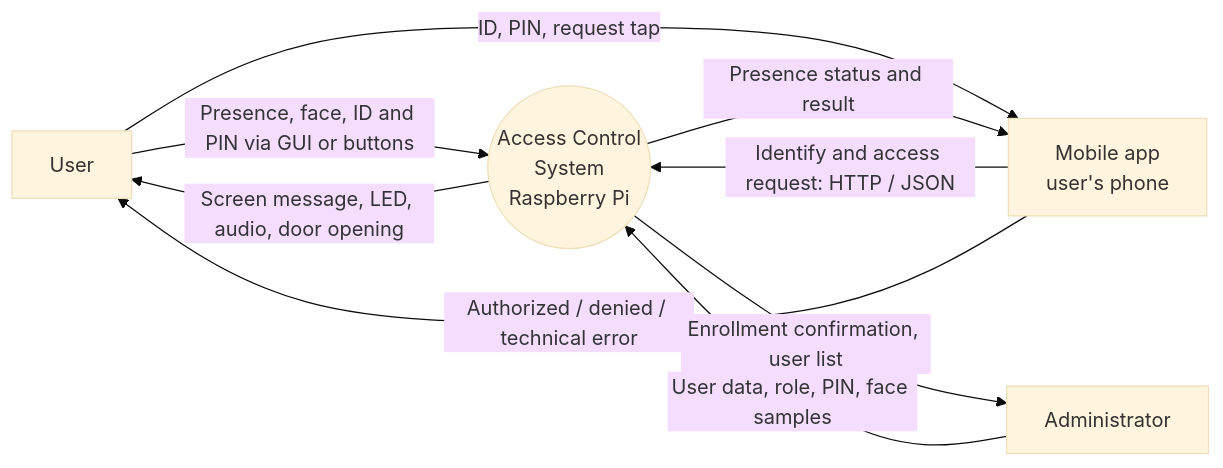
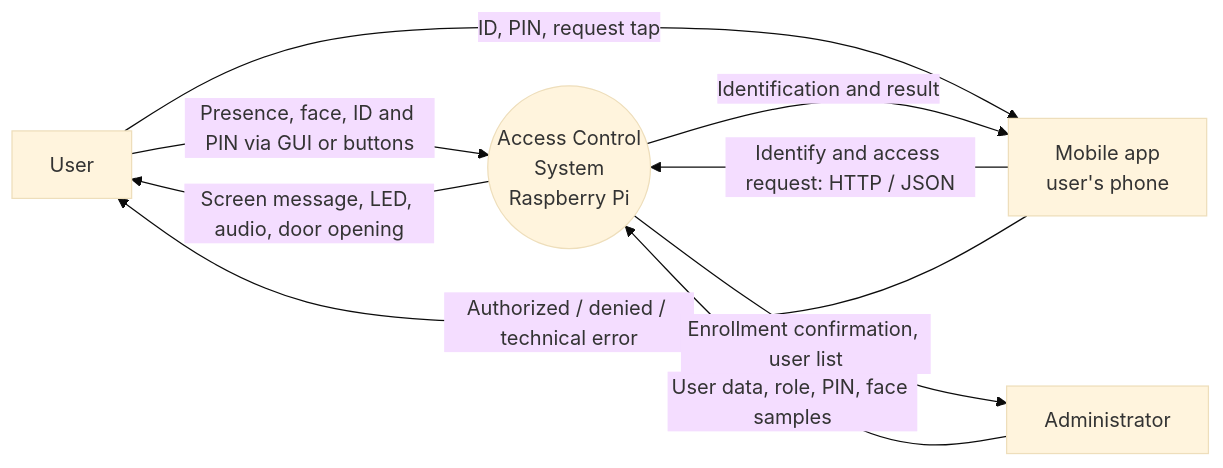
Before and after one commit to MrGodie/ControlAccesoRPI: the diagram in docs/dfd-0.md, drawn with Mermaid (base theme). The commit also changed 8 other files, not shown here.

Commit message:
docs: FR-16 no longer requires PIR presence in the mobile app (PIC-115)

````diff
--- a/docs/dfd-0.md
+++ b/docs/dfd-0.md
@@ -1,18 +1,18 @@
 ```mermaid
 flowchart LR
     U[User]
     APP[Mobile app<br/>user's phone]
     A[Administrator]
     S((Access Control<br/>System<br/>Raspberry Pi))
 
     U -->|Presence, face, ID and PIN via GUI or buttons| S
     S -->|Screen message, LED, audio, door opening| U
 
     U -->|ID, PIN, request tap| APP
     APP -->|Identify and access request: HTTP / JSON| S
-    S -->|Presence status and result| APP
+    S -->|Identification and result| APP
     APP -->|Authorized / denied / technical error| U
 
     A -->|User data, role, PIN, face samples| S
     S -->|Enrollment confirmation, user list| A
 ```
````
